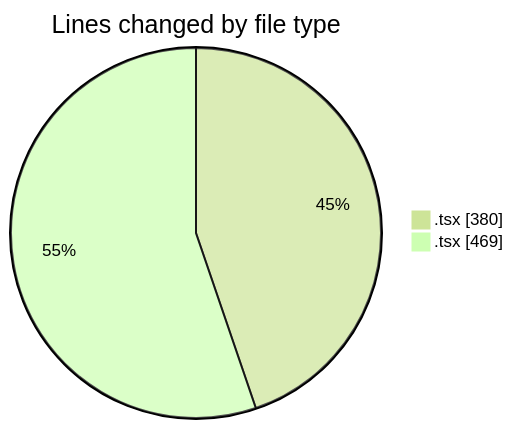
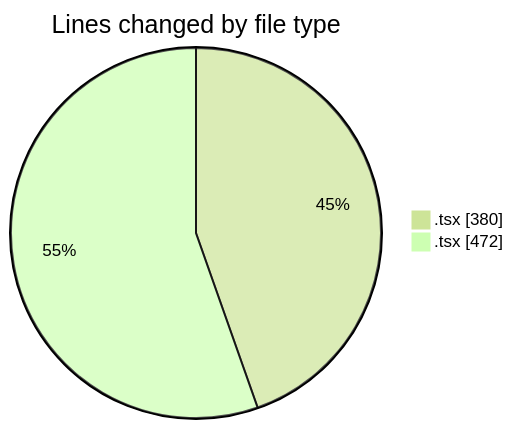
One commit to robertbonfada/code-tracking changed the first of 2 diagrams in 2025-02-06/mbc-web/README.md. Above: the diagram before and after it, drawn with Mermaid (forest theme). The commit also changed other lines of this file and 1 other file, not shown here.

````diff
--- a/2025-02-06/mbc-web/README.md
+++ b/2025-02-06/mbc-web/README.md
@@ -24,6 +24,6 @@
 ```mermaid
 pie showData
 title Lines changed by file type
 ".tsx " : 380
-".tsx" : 469
+".tsx" : 472
 ```
````
